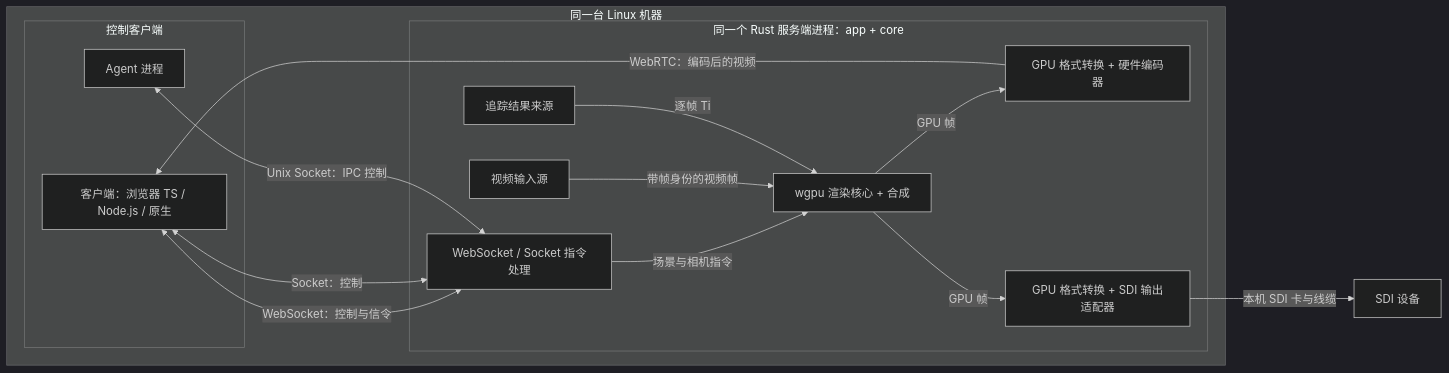
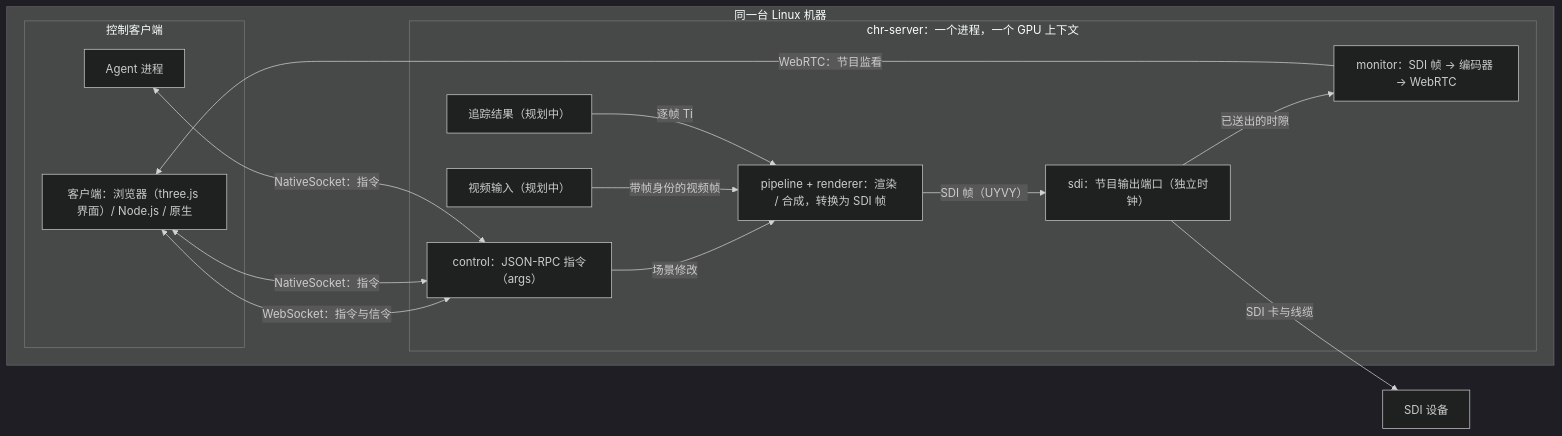
The diagram in docs/render-server-client-design.zh-CN.md (xiaoyxue/chr), drawn with Mermaid (dark theme) before and after one commit. The commit also changed other lines of this file and 1 other file, not shown here.

First line of the commit message:
docs: align render server design with the SDI-first implementation

````diff
--- a/docs/render-server-client-design.zh-CN.md
+++ b/docs/render-server-client-design.zh-CN.md
@@ -32,28 +33,28 @@
 ```mermaid
 flowchart LR
     subgraph host["同一台 Linux 机器"]
         subgraph clients["控制客户端"]
-            client["客户端：浏览器 TS / Node.js / 原生"]
+            client["客户端：浏览器（three.js 界面）/ Node.js / 原生"]
             agent["Agent 进程"]
         end
-        subgraph process["同一个 Rust 服务端进程：app + core"]
-            control["WebSocket / Socket 指令处理"]
-            input["视频输入源"]
-            track["追踪结果来源"]
-            core["wgpu 渲染核心 + 合成"]
-            encode["GPU 格式转换 + 硬件编码器"]
-            sdi["GPU 格式转换 + SDI 输出适配器"]
+        subgraph process["chr-server：一个进程，一个 GPU 上下文"]
+            control["control：JSON-RPC 指令（args）"]
+            input["视频输入（规划中）"]
+            track["追踪结果（规划中）"]
+            pipeline["pipeline + renderer：渲染 / 合成，转换为 SDI 帧"]
+            sdi["sdi：节目输出端口（独立时钟）"]
+            monitor["monitor：SDI 帧 → 编码器 → WebRTC"]
 
-            control -->|"场景与相机指令"| core
-            input -->|"带帧身份的视频帧"| core
-            track -->|"逐帧 Ti"| core
-            core -->|"GPU 帧"| encode
-            core -->|"GPU 帧"| sdi
+            control -->|"场景修改"| pipeline
+            input -->|"带帧身份的视频帧"| pipeline
+            track -->|"逐帧 Ti"| pipeline
+            pipeline -->|"SDI 帧（UYVY）"| sdi
+            sdi -->|"已送出的时隙"| monitor
         end
-        client <-->|"WebSocket：控制与信令"| control
-        client <-->|"Socket：控制"| control
-        agent <-->|"Unix Socket：IPC 控制"| control
-        encode -->|"WebRTC：编码后的视频"| client
+        client <-->|"WebSocket：指令与信令"| control
+        client <-->|"NativeSocket：指令"| control
+        agent <-->|"NativeSocket：指令"| control
+        monitor -->|"WebRTC：节目监看"| client
     end
-    sdi -->|"本机 SDI 卡与线缆"| equipment["SDI 设备"]
+    sdi -->|"SDI 卡与线缆"| equipment["SDI 设备"]
 ```
````
